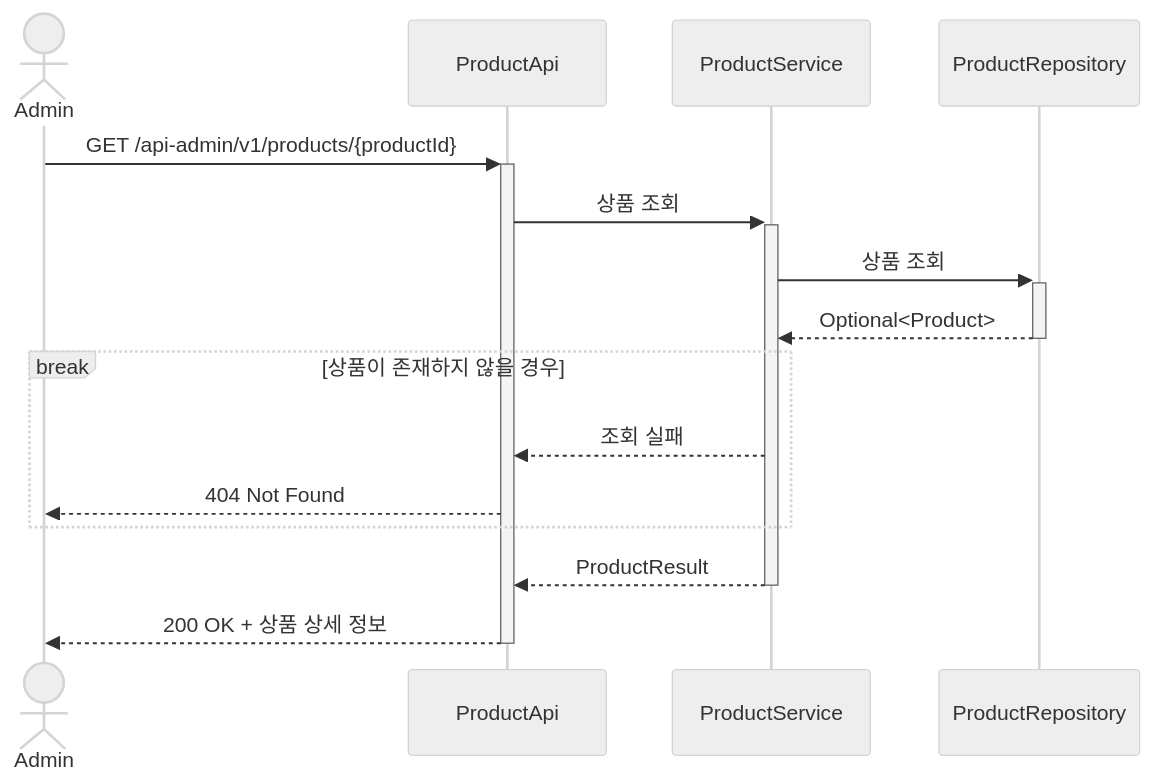
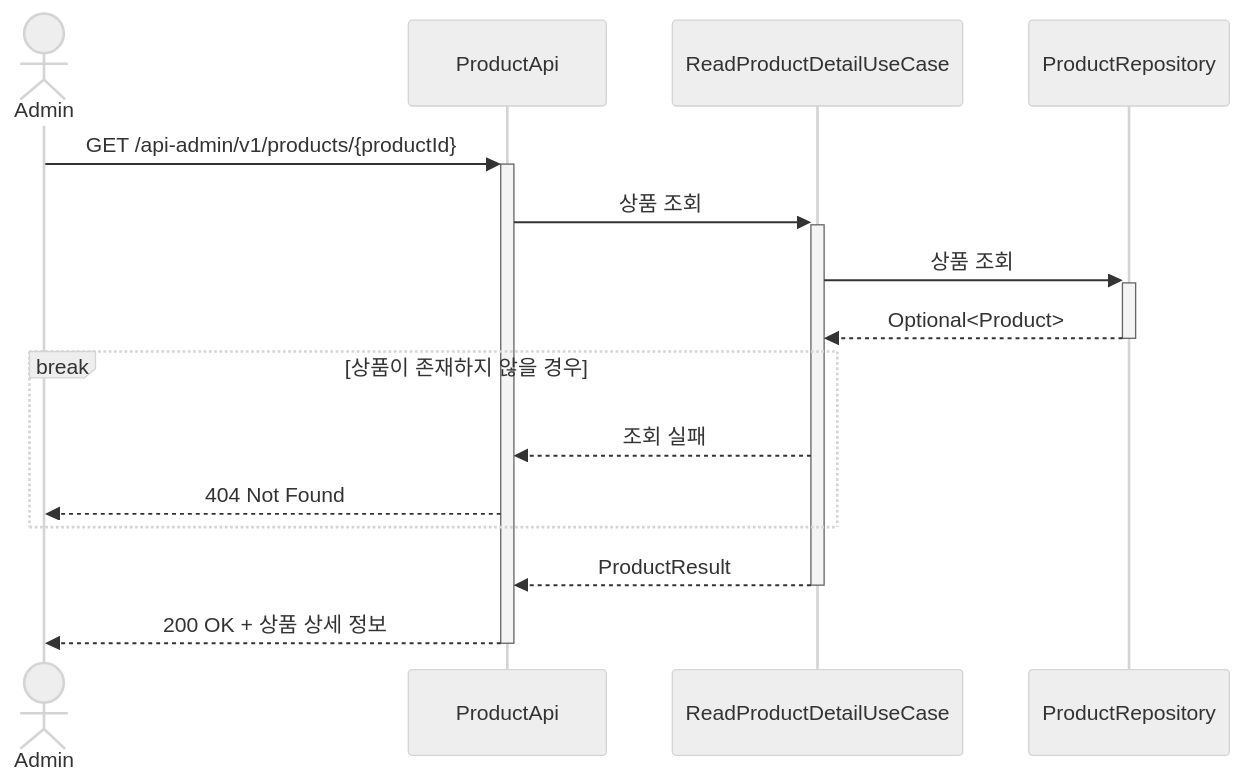
One commit to Loopers-dev-lab/loop-pack-be-l2-vol3-java changed diagram 11 of 23 in .docs/design/02-sequence-diagrams.md. Above: the diagram before and after it, drawn with Mermaid (neutral theme). The commit also changed other lines of this file and 143 other files, not shown here.

````diff
--- a/.docs/design/02-sequence-diagrams.md
+++ b/.docs/design/02-sequence-diagrams.md
@@ -375,20 +399,20 @@
 ```mermaid
 sequenceDiagram
     actor Admin
     participant ProductApi
-    participant ProductService
+    participant ReadProductDetailUseCase
     participant ProductRepository
 
     Admin ->>+ ProductApi: GET /api-admin/v1/products/{productId}
-    ProductApi ->>+ ProductService: 상품 조회
-    ProductService ->>+ ProductRepository: 상품 조회
-    ProductRepository -->>- ProductService: Optional<Product>
+    ProductApi ->>+ ReadProductDetailUseCase: 상품 조회
+    ReadProductDetailUseCase ->>+ ProductRepository: 상품 조회
+    ProductRepository -->>- ReadProductDetailUseCase: Optional<Product>
 
     break 상품이 존재하지 않을 경우
-        ProductService -->> ProductApi: 조회 실패
+        ReadProductDetailUseCase -->> ProductApi: 조회 실패
         ProductApi -->> Admin: 404 Not Found
     end
 
-    ProductService -->>- ProductApi: ProductResult
+    ReadProductDetailUseCase -->>- ProductApi: ProductResult
     ProductApi -->>- Admin: 200 OK + 상품 상세 정보
 ```
````
